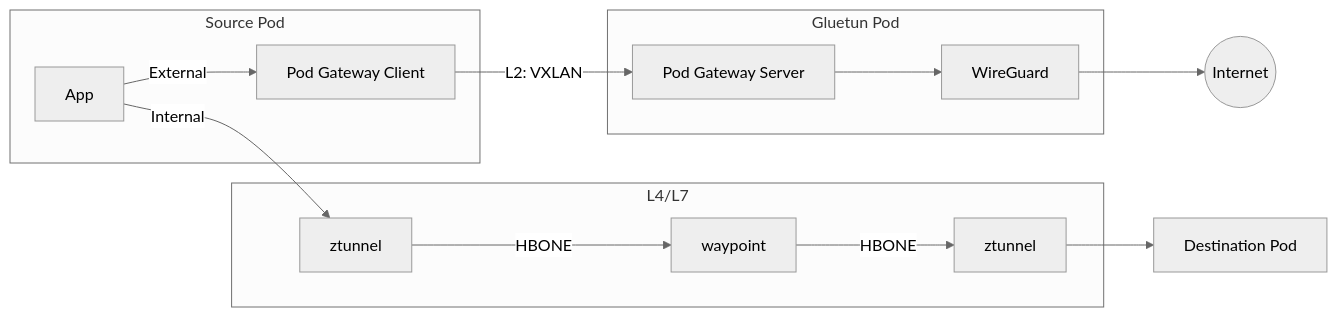
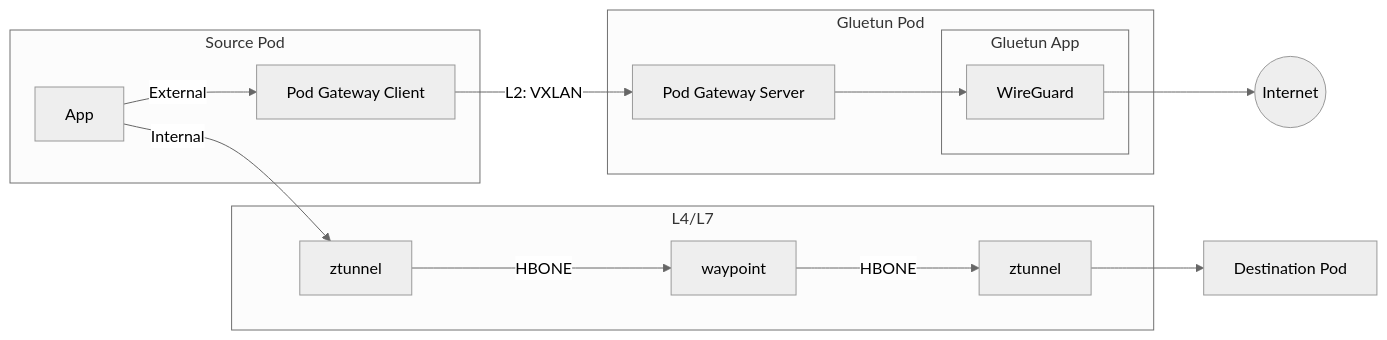
Before and after one commit to charmarr/charmarr: the third of 3 diagrams in docs/security/network.md, drawn with Mermaid (neutral theme). The commit also changed other lines of this file and 8 other files, not shown here.

````diff
--- a/docs/security/network.md
+++ b/docs/security/network.md
@@ -158,30 +162,32 @@
 ```mermaid
 flowchart LR
     subgraph Source Pod
         App[App]
         PGC[Pod Gateway Client]
     end
 
     subgraph Gluetun Pod
         PGS[Pod Gateway Server]
-        WG[WireGuard]
+        subgraph Gluetun App
+            WG[WireGuard]
+        end
     end
 
     subgraph L4/L7
         SrcZT[ztunnel]
         WP[waypoint]
         DstZT[ztunnel]
     end
 
     Dst[Destination Pod]
 
     App -->|External| PGC
     PGC -->|L2: VXLAN| PGS
     PGS --> WG
     WG --> Internet((Internet))
 
     App -->|Internal| SrcZT
     SrcZT -->|HBONE| WP
     WP -->|HBONE| DstZT
     DstZT --> Dst
 ```
````
